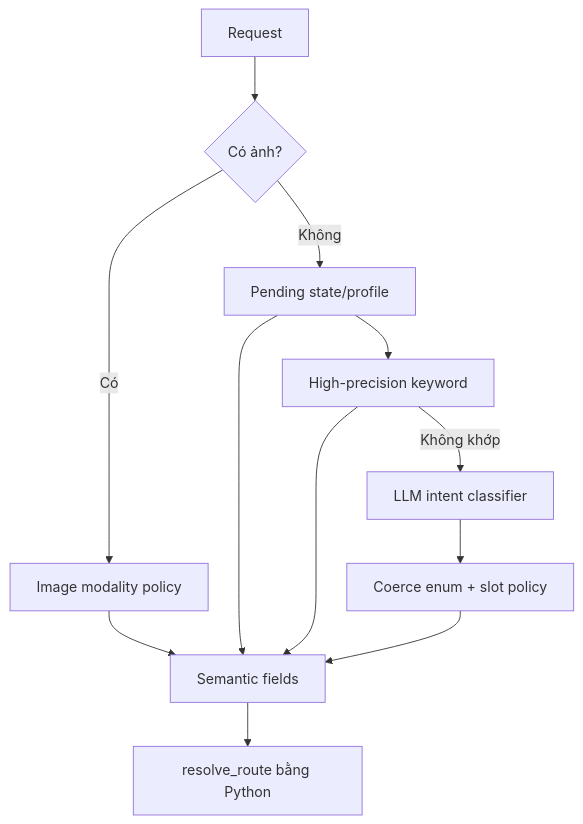
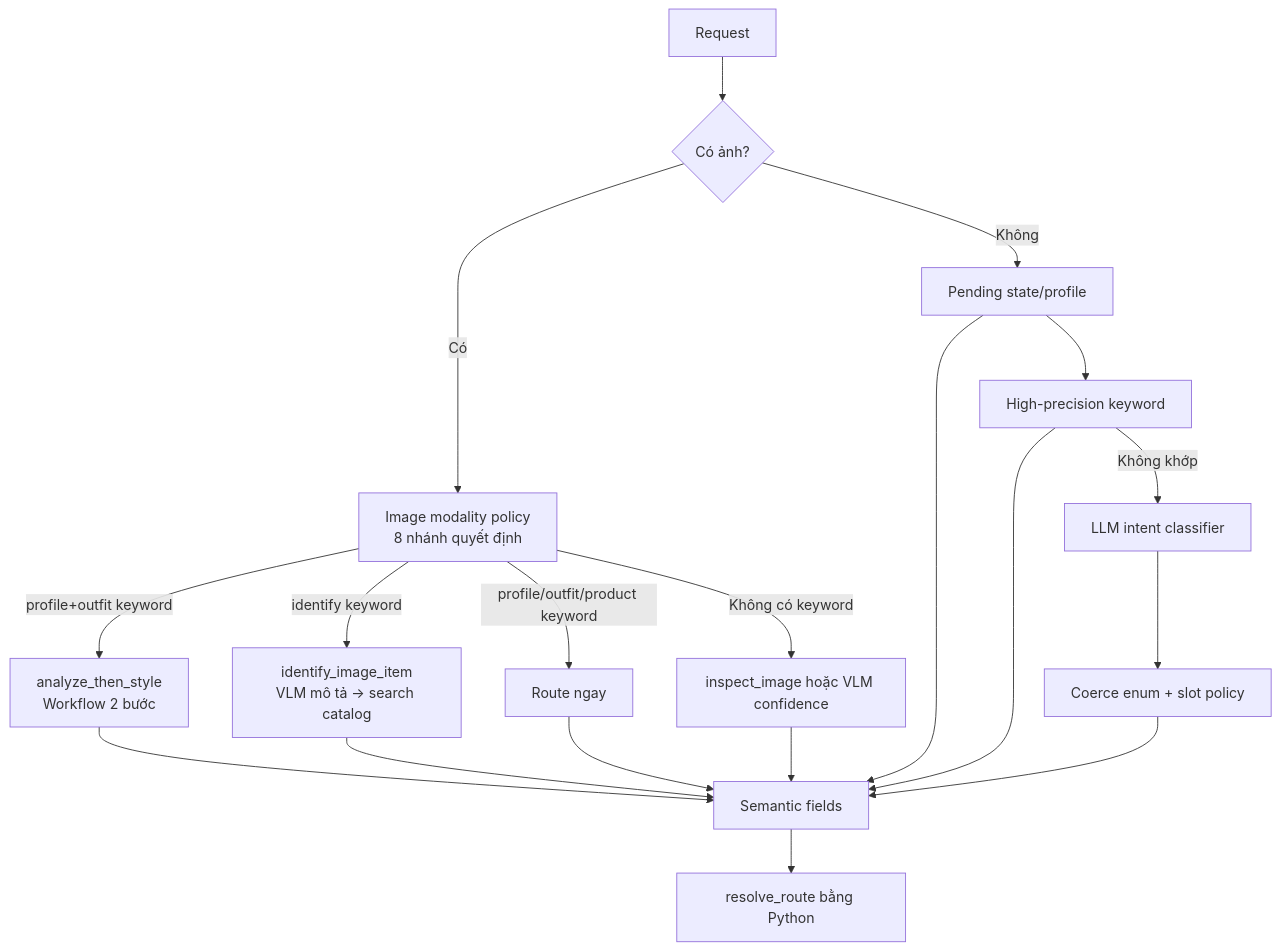
Before and after one commit to TrongNghia041104/Chatbot_Fashion: the diagram in docs/05_INTENT_ROUTER_DECISION.md, drawn with Mermaid. The commit also changed other lines of this file and 3 other files, not shown here.

````diff
--- a/docs/05_INTENT_ROUTER_DECISION.md
+++ b/docs/05_INTENT_ROUTER_DECISION.md
@@ -38,14 +38,21 @@
 ```mermaid
 flowchart TD
     A[Request] --> B{Có ảnh?}
-    B -->|Có| C[Image modality policy]
+    B -->|Có| C[Image modality policy\n8 nhánh quyết định]
     B -->|Không| D[Pending state/profile]
+    C -->|profile+outfit keyword| C1[analyze_then_style\nWorkflow 2 bước]
+    C -->|identify keyword| C2[identify_image_item\nVLM mô tả → search catalog]
+    C -->|profile/outfit/product keyword| C3[Route ngay]
+    C -->|Không có keyword| C4[inspect_image hoặc VLM confidence]
     D --> E[High-precision keyword]
     E -->|Không khớp| F[LLM intent classifier]
-    C --> G[Semantic fields]
+    C1 --> G[Semantic fields]
+    C2 --> G
+    C3 --> G
+    C4 --> G
     D --> G
     E --> G
     F --> H[Coerce enum + slot policy]
     H --> G
     G --> I[resolve_route bằng Python]
 ```
````
